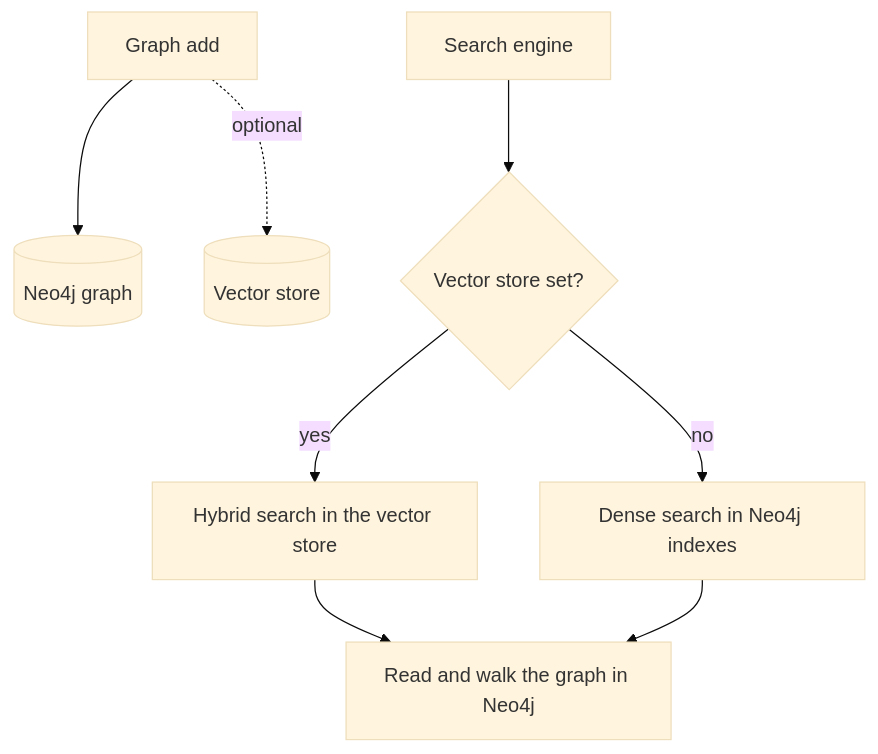
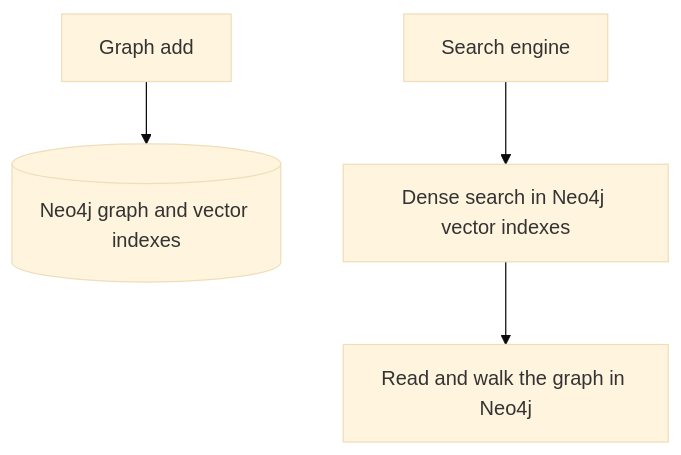
The diagram in docs/docs/concepts/graph-storage.mdx (ontogr/agentic-graphrag), drawn with Mermaid (base theme) before and after one commit. The commit also changed other lines of this file and 120 other files, not shown here.

````diff
--- a/docs/docs/concepts/graph-storage.mdx
+++ b/docs/docs/concepts/graph-storage.mdx
@@ -19,10 +19,6 @@
 ```mermaid
 flowchart TD
-    A[Graph add] --> N[(Neo4j graph)]
-    A -.->|optional| V[(Vector store)]
-    Q[Search engine] --> D{Vector store set?}
-    D -->|yes| H[Hybrid search in the vector store]
-    D -->|no| I[Dense search in Neo4j indexes]
-    H --> W[Read and walk the graph in Neo4j]
-    I --> W
+    A[Graph add] --> N[(Neo4j graph and vector indexes)]
+    Q[Search engine] --> I[Dense search in Neo4j vector indexes]
+    I --> W[Read and walk the graph in Neo4j]
 ```
````
